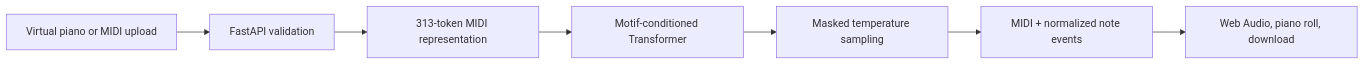
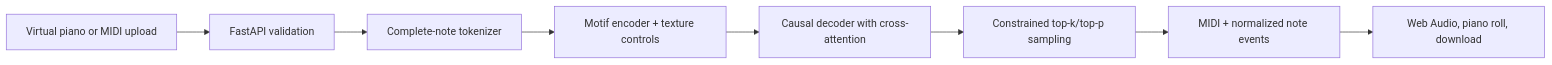
The diagram in README.md (Tanmay-22/motif-piano-generator), drawn with Mermaid before and after one commit. The commit also changed other lines of this file and 37 other files, not shown here.

Commit message:
Complete category-aware motif model v2 deployment workflow

````diff
--- a/README.md
+++ b/README.md
@@ -34,9 +40,10 @@
 ```mermaid
 flowchart LR
     A[Virtual piano or MIDI upload] --> B[FastAPI validation]
-    B --> C[313-token MIDI representation]
-    C --> D[Motif-conditioned Transformer]
-    D --> E[Masked temperature sampling]
-    E --> F[MIDI + normalized note events]
-    F --> G[Web Audio, piano roll, download]
+    B --> C[Complete-note tokenizer]
+    C --> D[Motif encoder + texture controls]
+    D --> E[Causal decoder with cross-attention]
+    E --> F[Constrained top-k/top-p sampling]
+    F --> G[MIDI + normalized note events]
+    G --> H[Web Audio, piano roll, download]
 ```
````
